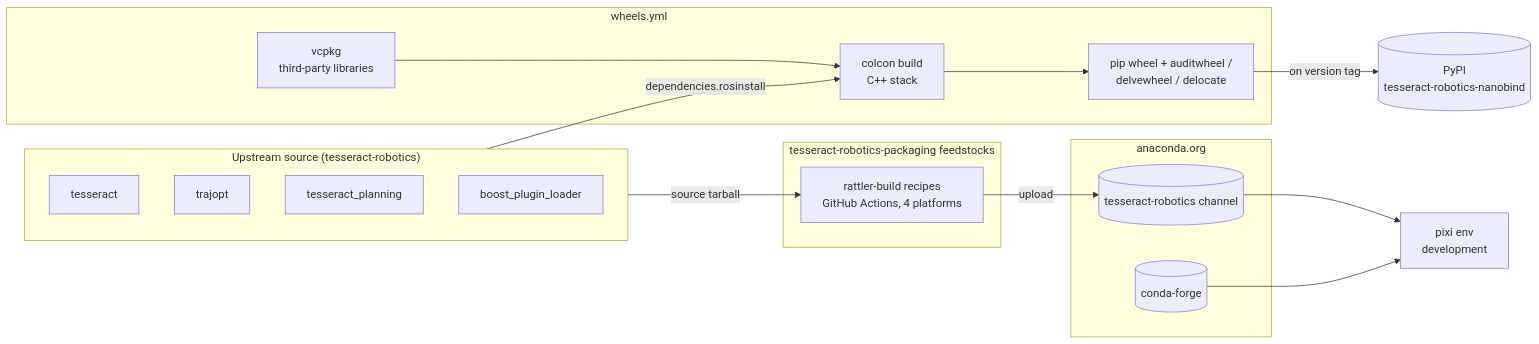
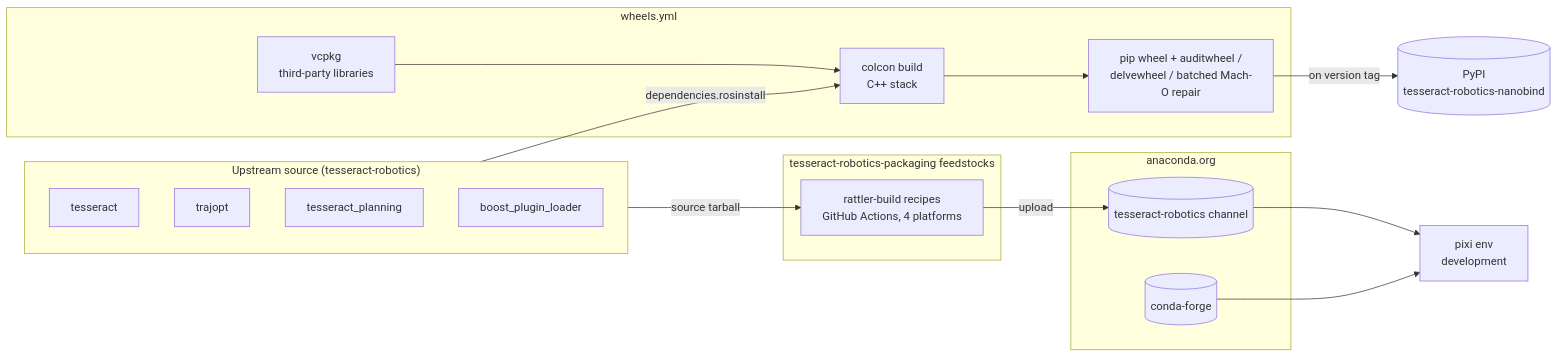
The first of 3 diagrams in docs/developer/binaries.md (tesseract-robotics/tesseract_nanobind), drawn with Mermaid before and after one commit. The commit also changed other lines of this file and 7 other files, not shown here.

Commit message:
Restore batched macOS wheel repair for vcpkg builds

````diff
--- a/docs/developer/binaries.md
+++ b/docs/developer/binaries.md
@@ -15,30 +15,30 @@
 ```mermaid
 flowchart LR
     subgraph upstream["Upstream source (tesseract-robotics)"]
         T[tesseract]
         TR[trajopt]
         TP[tesseract_planning]
         BPL[boost_plugin_loader]
     end
     subgraph pkg["tesseract-robotics-packaging feedstocks"]
         F[rattler-build recipes<br/>GitHub Actions, 4 platforms]
     end
     subgraph chan["anaconda.org"]
         C[(tesseract-robotics channel)]
         CF[(conda-forge)]
     end
     subgraph wheels["wheels.yml"]
         V[vcpkg<br/>third-party libraries]
         CB[colcon build<br/>C++ stack]
-        R[pip wheel + auditwheel /<br/>delvewheel / delocate]
+        R[pip wheel + auditwheel /<br/>delvewheel / batched Mach-O repair]
     end
     P[pixi env<br/>development]
     W[(PyPI<br/>tesseract-robotics-nanobind)]
 
     upstream -->|source tarball| F
     F -->|upload| C
     C --> P
     CF --> P
     upstream -->|dependencies.rosinstall| CB
     V --> CB --> R -->|on version tag| W
 ```
````
